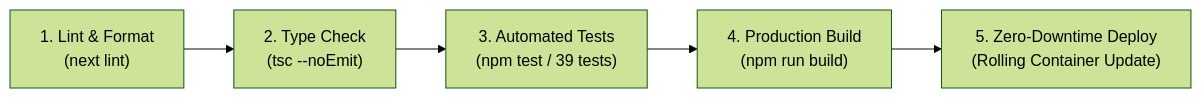
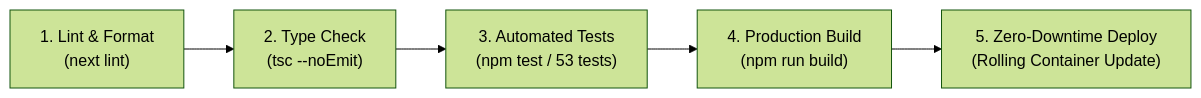
The second of 2 diagrams in docs/deployment-and-cicd.md (SANJAY2334/Grocerly), drawn with Mermaid (forest theme) before and after one commit. The commit also changed other lines of this file and 19 other files, not shown here.

````diff
--- a/docs/deployment-and-cicd.md
+++ b/docs/deployment-and-cicd.md
@@ -124,7 +124,7 @@
 ```mermaid
 flowchart LR
     Lint["1. Lint & Format\n(next lint)"] --> TypeCheck["2. Type Check\n(tsc --noEmit)"]
-    TypeCheck --> Test["3. Automated Tests\n(npm test / 39 tests)"]
+    TypeCheck --> Test["3. Automated Tests\n(npm test / 53 tests)"]
     Test --> Build["4. Production Build\n(npm run build)"]
     Build --> Deploy["5. Zero-Downtime Deploy\n(Rolling Container Update)"]
 ```
````
